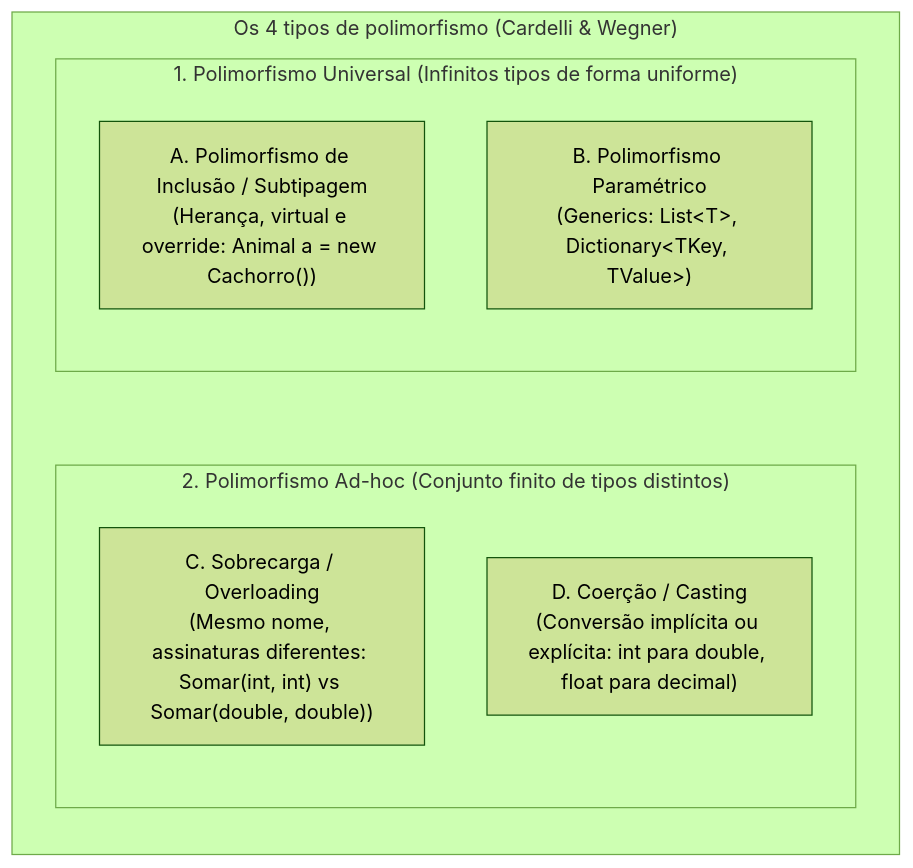
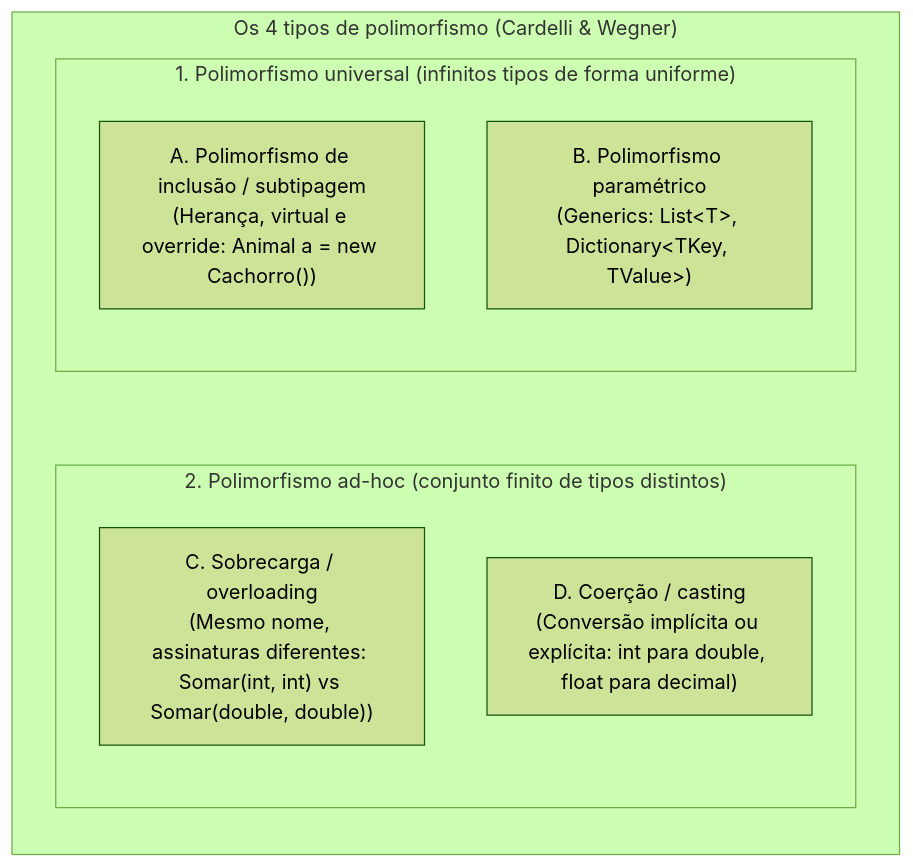
One commit to leorruas/puc changed the third of 10 diagrams in 01. Programacao Modular/17. Sobreposição de métodos (virtual e override).md. Above: the diagram before and after it, drawn with Mermaid (forest theme). The commit also changed other lines of this file and 3 other files, not shown here.

````diff
--- a/01. Programacao Modular/17. Sobreposição de métodos (virtual e override).md
+++ b/01. Programacao Modular/17. Sobreposição de métodos (virtual e override).md
@@ -118,20 +118,20 @@
 ```mermaid
 flowchart TD
     subgraph TaxonomiaPolimorfismo ["Os 4 tipos de polimorfismo (Cardelli & Wegner)"]
         direction TB
 
-        subgraph Universal ["1. Polimorfismo Universal (Infinitos tipos de forma uniforme)"]
+        subgraph Universal ["1. Polimorfismo universal (infinitos tipos de forma uniforme)"]
             direction TB
-            Inc["A. Polimorfismo de Inclusão / Subtipagem<br>(Herança, virtual e override: Animal a = new Cachorro())"]
-            Param["B. Polimorfismo Paramétrico<br>(Generics: List&lt;T&gt;, Dictionary&lt;TKey, TValue&gt;)"]
+            Inc["A. Polimorfismo de inclusão / subtipagem<br>(Herança, virtual e override: Animal a = new Cachorro())"]
+            Param["B. Polimorfismo paramétrico<br>(Generics: List&lt;T&gt;, Dictionary&lt;TKey, TValue&gt;)"]
         end
 
-        subgraph AdHoc ["2. Polimorfismo Ad-hoc (Conjunto finito de tipos distintos)"]
+        subgraph AdHoc ["2. Polimorfismo ad-hoc (conjunto finito de tipos distintos)"]
             direction TB
-            Sobrecarga["C. Sobrecarga / Overloading<br>(Mesmo nome, assinaturas diferentes: Somar(int, int) vs Somar(double, double))"]
-            Coercao["D. Coerção / Casting<br>(Conversão implícita ou explícita: int para double, float para decimal)"]
+            Sobrecarga["C. Sobrecarga / overloading<br>(Mesmo nome, assinaturas diferentes: Somar(int, int) vs Somar(double, double))"]
+            Coercao["D. Coerção / casting<br>(Conversão implícita ou explícita: int para double, float para decimal)"]
         end
 
         Universal ~~~ AdHoc
     end
 ```
````
